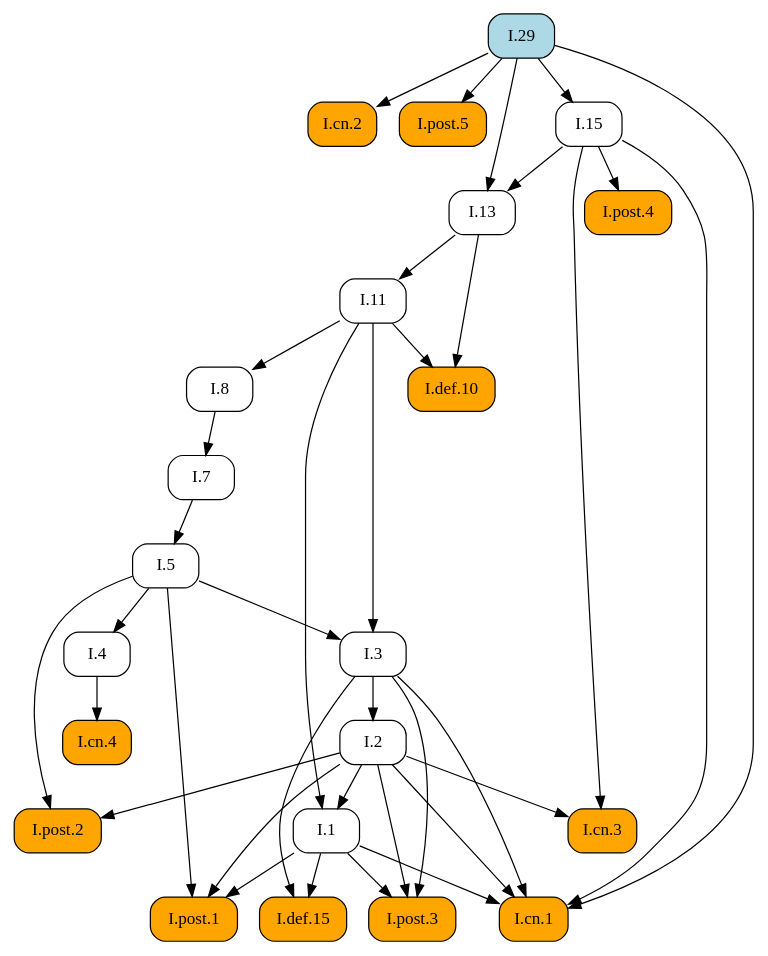
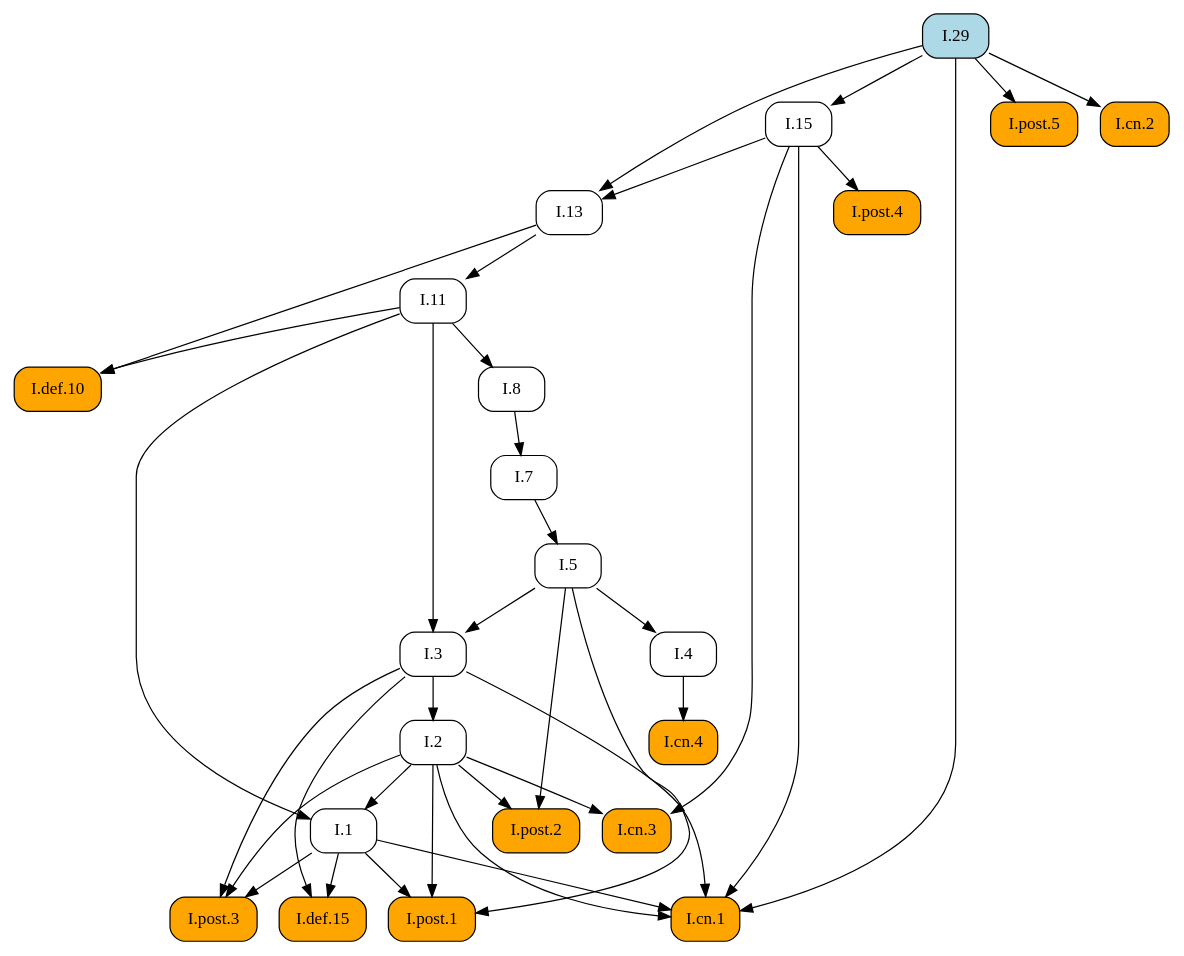
The diagram in docsrc/elements2/I/29/index.rst (geometor/elements), drawn with Graphviz before and after one commit. The commit also changed other lines of this file and 171 other files, not shown here.

```diff
--- a/docsrc/elements2/I/29/index.rst
+++ b/docsrc/elements2/I/29/index.rst
@@ -77,64 +77,64 @@
 .. graphviz::
 
    digraph {
      rankdir="TB";
      node [shape=box, style=rounded];
+     "I.8" [URL="/elements2/I/8/", target="_top"];
+     "I.cn.3" [style="rounded,filled", fillcolor=orange, URL="/elements2/I/cn.3/", target="_top"];
+     "I.1" [URL="/elements2/I/1/", target="_top"];
+     "I.cn.4" [style="rounded,filled", fillcolor=orange, URL="/elements2/I/cn.4/", target="_top"];
+     "I.7" [URL="/elements2/I/7/", target="_top"];
+     "I.post.1" [style="rounded,filled", fillcolor=orange, URL="/elements2/I/post.1/", target="_top"];
+     "I.5" [URL="/elements2/I/5/", target="_top"];
+     "I.post.5" [style="rounded,filled", fillcolor=orange, URL="/elements2/I/post.5/", target="_top"];
+     "I.cn.1" [style="rounded,filled", fillcolor=orange, URL="/elements2/I/cn.1/", target="_top"];
+     "I.post.4" [style="rounded,filled", fillcolor=orange, URL="/elements2/I/post.4/", target="_top"];
      "I.def.10" [style="rounded,filled", fillcolor=orange, URL="/elements2/I/def.10/", target="_top"];
-     "I.8" [URL="/elements2/I/8/", target="_top"];
+     "I.13" [URL="/elements2/I/13/", target="_top"];
+     "I.29" [style="rounded,filled", fillcolor=lightblue, URL="/elements2/I/29/", target="_top"];
      "I.cn.2" [style="rounded,filled", fillcolor=orange, URL="/elements2/I/cn.2/", target="_top"];
-     "I.post.5" [style="rounded,filled", fillcolor=orange, URL="/elements2/I/post.5/", target="_top"];
-     "I.15" [URL="/elements2/I/15/", target="_top"];
      "I.2" [URL="/elements2/I/2/", target="_top"];
      "I.def.15" [style="rounded,filled", fillcolor=orange, URL="/elements2/I/def.15/", target="_top"];
-     "I.cn.4" [style="rounded,filled", fillcolor=orange, URL="/elements2/I/cn.4/", target="_top"];
+     "I.4" [URL="/elements2/I/4/", target="_top"];
+     "I.11" [URL="/elements2/I/11/", target="_top"];
+     "I.15" [URL="/elements2/I/15/", target="_top"];
+     "I.3" [URL="/elements2/I/3/", target="_top"];
+     "I.post.2" [style="rounded,filled", fillcolor=orange, URL="/elements2/I/post.2/", target="_top"];
      "I.post.3" [style="rounded,filled", fillcolor=orange, URL="/elements2/I/post.3/", target="_top"];
-     "I.1" [URL="/elements2/I/1/", target="_top"];
-     "I.post.2" [style="rounded,filled", fillcolor=orange, URL="/elements2/I/post.2/", target="_top"];
-     "I.13" [URL="/elements2/I/13/", target="_top"];
-     "I.post.1" [style="rounded,filled", fillcolor=orange, URL="/elements2/I/post.1/", target="_top"];
-     "I.7" [URL="/elements2/I/7/", target="_top"];
-     "I.post.4" [style="rounded,filled", fillcolor=orange, URL="/elements2/I/post.4/", target="_top"];
-     "I.cn.1" [style="rounded,filled", fillcolor=orange, URL="/elements2/I/cn.1/", target="_top"];
-     "I.3" [URL="/elements2/I/3/", target="_top"];
-     "I.cn.3" [style="rounded,filled", fillcolor=orange, URL="/elements2/I/cn.3/", target="_top"];
-     "I.11" [URL="/elements2/I/11/", target="_top"];
-     "I.29" [style="rounded,filled", fillcolor=lightblue, URL="/elements2/I/29/", target="_top"];
-     "I.5" [URL="/elements2/I/5/", target="_top"];
-     "I.4" [URL="/elements2/I/4/", target="_top"];
-     "I.11" -> "I.def.10";
-     "I.13" -> "I.def.10";
      "I.11" -> "I.8";
-     "I.29" -> "I.cn.2";
-     "I.29" -> "I.post.5";
-     "I.29" -> "I.15";
-     "I.3" -> "I.2";
-     "I.1" -> "I.def.15";
-     "I.3" -> "I.def.15";
-     "I.4" -> "I.cn.4";
-     "I.1" -> "I.post.3";
-     "I.2" -> "I.post.3";
-     "I.3" -> "I.post.3";
+     "I.2" -> "I.cn.3";
+     "I.15" -> "I.cn.3";
      "I.2" -> "I.1";
      "I.11" -> "I.1";
-     "I.2" -> "I.post.2";
-     "I.5" -> "I.post.2";
-     "I.15" -> "I.13";
-     "I.29" -> "I.13";
+     "I.4" -> "I.cn.4";
+     "I.8" -> "I.7";
      "I.1" -> "I.post.1";
      "I.2" -> "I.post.1";
      "I.5" -> "I.post.1";
-     "I.8" -> "I.7";
-     "I.15" -> "I.post.4";
+     "I.7" -> "I.5";
+     "I.29" -> "I.post.5";
      "I.1" -> "I.cn.1";
      "I.2" -> "I.cn.1";
      "I.3" -> "I.cn.1";
      "I.15" -> "I.cn.1";
      "I.29" -> "I.cn.1";
+     "I.15" -> "I.post.4";
+     "I.11" -> "I.def.10";
+     "I.13" -> "I.def.10";
+     "I.15" -> "I.13";
+     "I.29" -> "I.13";
+     "I.29" -> "I.cn.2";
+     "I.3" -> "I.2";
+     "I.1" -> "I.def.15";
+     "I.3" -> "I.def.15";
+     "I.5" -> "I.4";
+     "I.13" -> "I.11";
+     "I.29" -> "I.15";
      "I.5" -> "I.3";
      "I.11" -> "I.3";
-     "I.2" -> "I.cn.3";
-     "I.15" -> "I.cn.3";
-     "I.13" -> "I.11";
-     "I.7" -> "I.5";
-     "I.5" -> "I.4";
+     "I.2" -> "I.post.2";
+     "I.5" -> "I.post.2";
+     "I.1" -> "I.post.3";
+     "I.2" -> "I.post.3";
+     "I.3" -> "I.post.3";
    }
```
